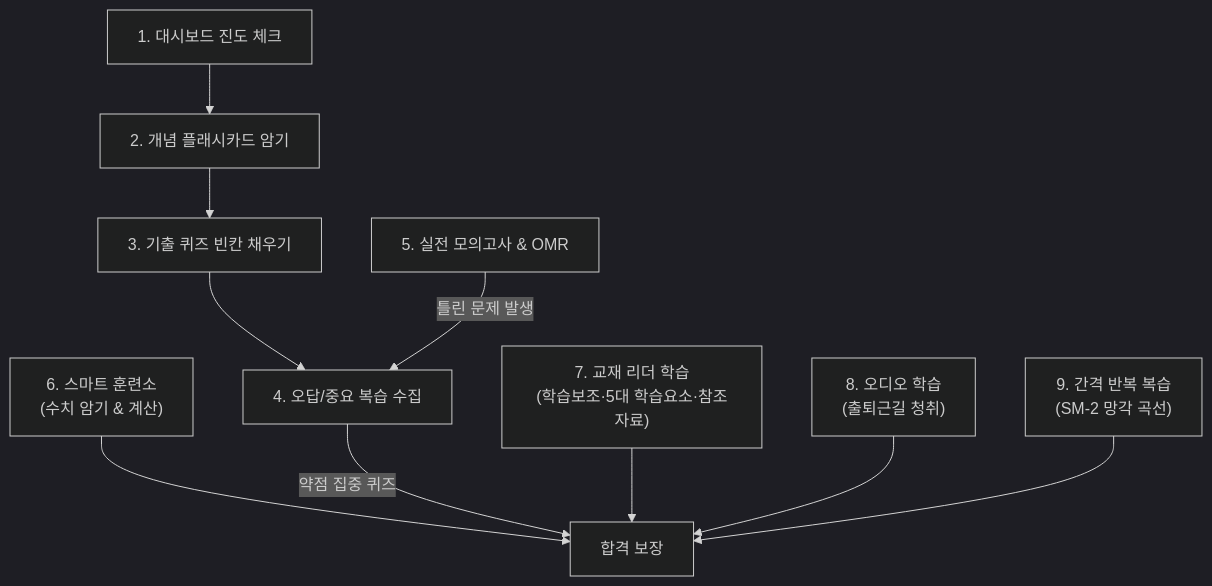
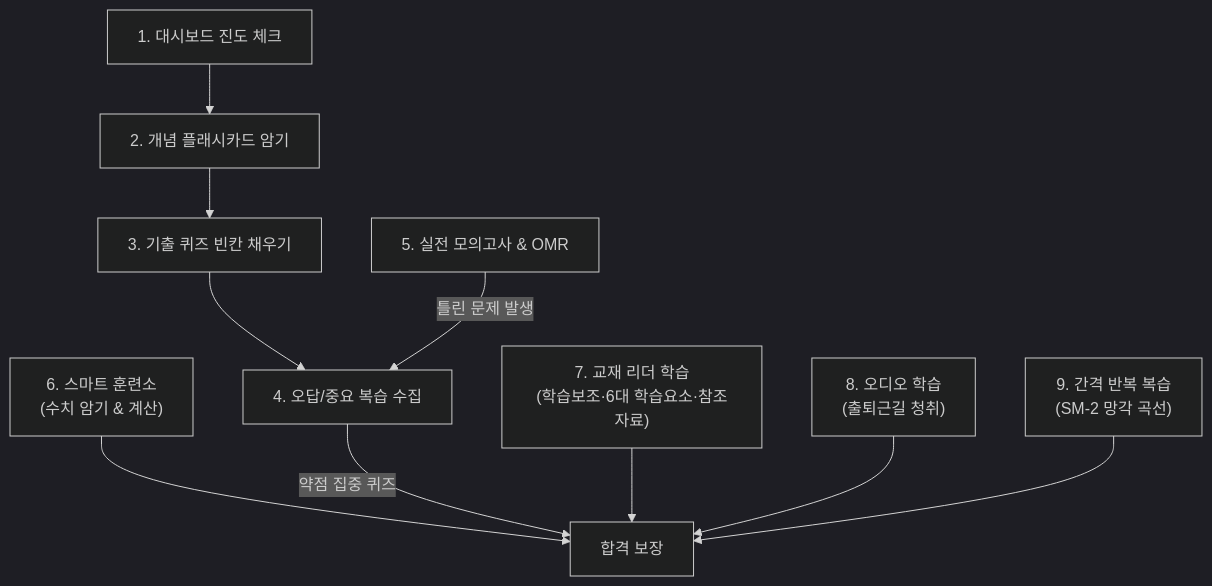
One commit to skygoldlee-cyber/Personalized_Skincare changed the first of 2 diagrams in docs/user/user_manual.md. Above: the diagram before and after it, drawn with Mermaid (dark theme). The commit also changed other lines of this file, not shown here.

````diff
--- a/docs/user/user_manual.md
+++ b/docs/user/user_manual.md
@@ -9,12 +9,12 @@
 ```mermaid
 graph TD
     A["1. 대시보드 진도 체크"] --> B["2. 개념 플래시카드 암기"]
     B --> C["3. 기출 퀴즈 빈칸 채우기"]
     C --> D["4. 오답/중요 복습 수집"]
     E["5. 실전 모의고사 & OMR"] -->|틀린 문제 발생| D
     F["6. 스마트 훈련소<br/>(수치 암기 & 계산)"] --> G["합격 보장"]
     D -->|약점 집중 퀴즈| G
-    H["7. 교재 리더 학습<br/>(학습보조·5대 학습요소·참조자료)"] --> G
+    H["7. 교재 리더 학습<br/>(학습보조·6대 학습요소·참조자료)"] --> G
     I["8. 오디오 학습<br/>(출퇴근길 청취)"] --> G
     J["9. 간격 반복 복습<br/>(SM-2 망각 곡선)"] --> G
 ```
````
